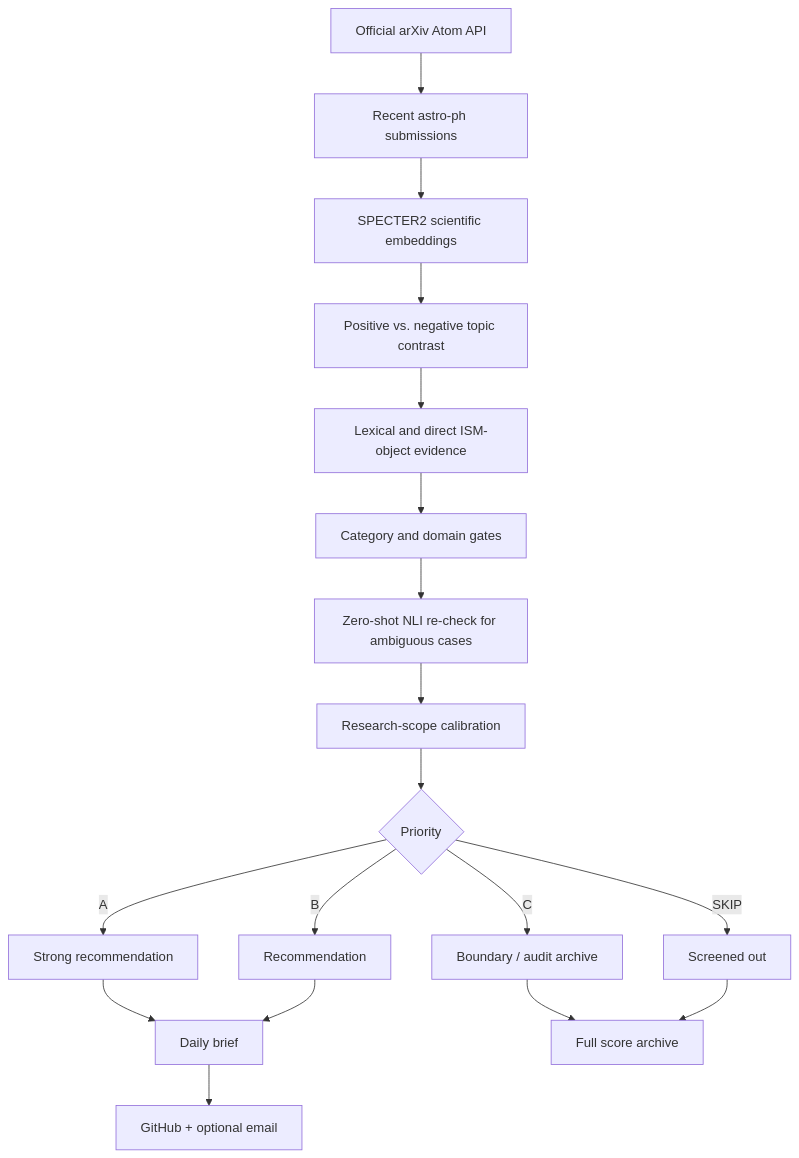
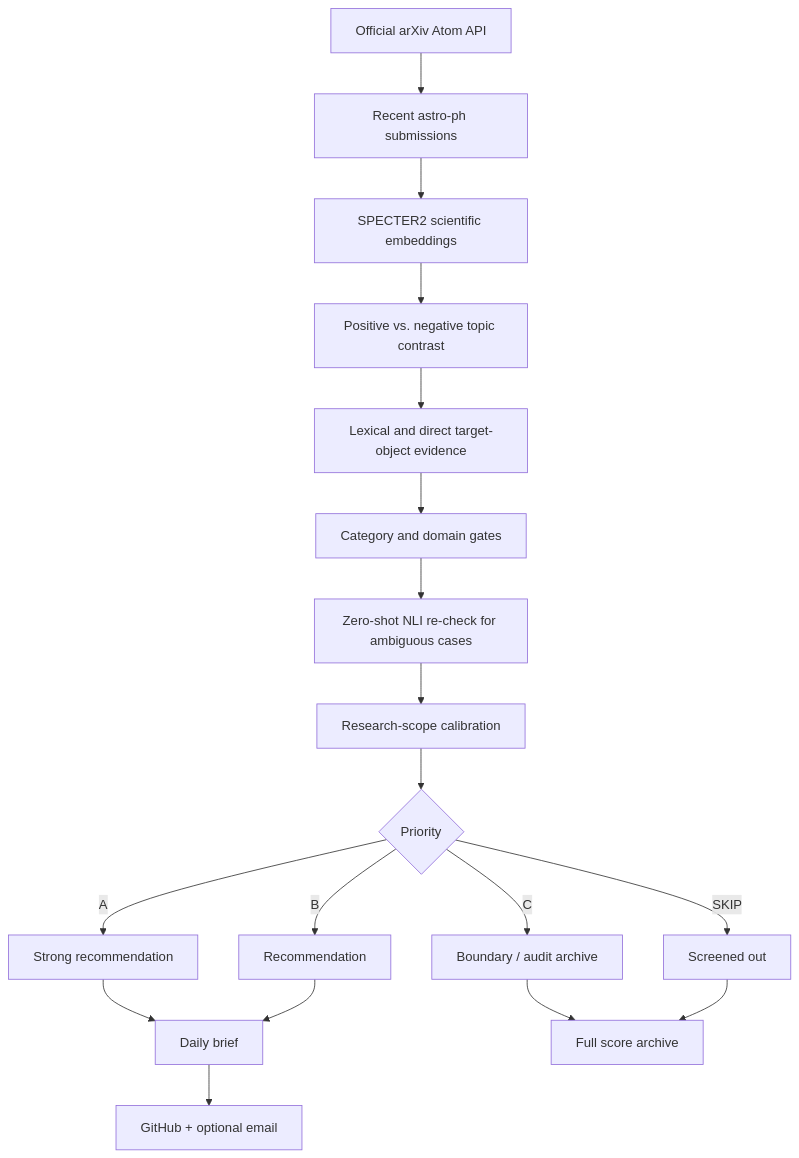
One commit to alznlyux/AstroBrief changed the diagram in README.md. Above: the diagram before and after it, drawn with Mermaid. The commit also changed other lines of this file, not shown here.

````diff
--- a/README.md
+++ b/README.md
@@ -22,20 +22,20 @@
 ```mermaid
 flowchart TD
     A[Official arXiv Atom API] --> B[Recent astro-ph submissions]
     B --> C[SPECTER2 scientific embeddings]
     C --> D[Positive vs. negative topic contrast]
-    D --> E[Lexical and direct ISM-object evidence]
+    D --> E[Lexical and direct target-object evidence]
     E --> F[Category and domain gates]
     F --> G[Zero-shot NLI re-check for ambiguous cases]
     G --> H[Research-scope calibration]
     H --> I{Priority}
     I -->|A| J[Strong recommendation]
     I -->|B| K[Recommendation]
     I -->|C| L[Boundary / audit archive]
     I -->|SKIP| M[Screened out]
     J --> N[Daily brief]
     K --> N
     L --> O[Full score archive]
     M --> O
     N --> P[GitHub + optional email]
 ```
````
